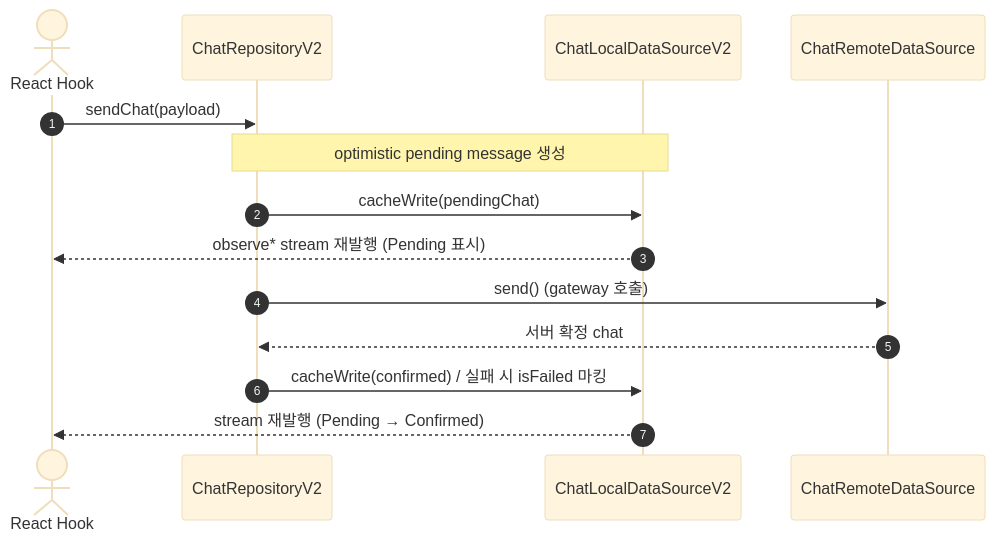
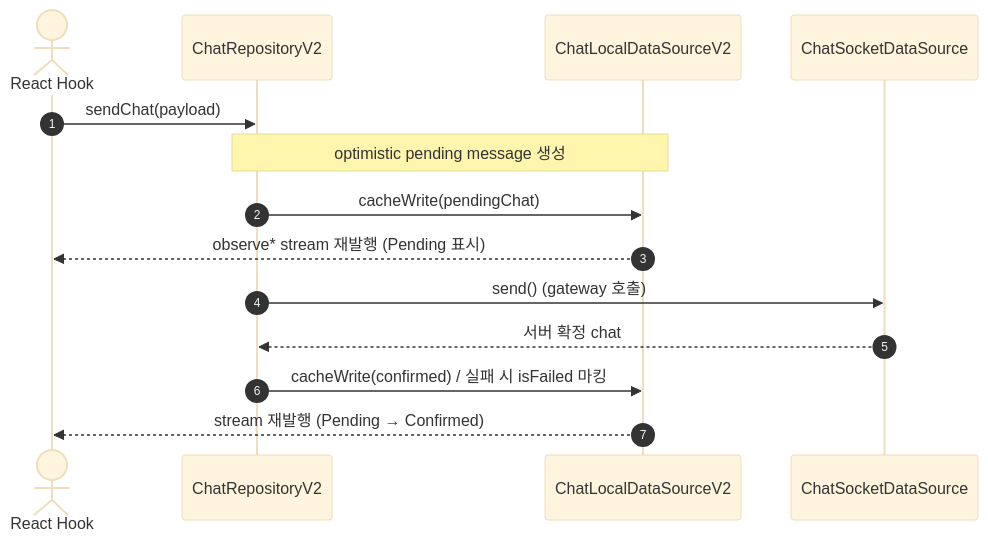
The fourth of 5 diagrams in libs/data/README.md (lemoncloud-io/dou-app), drawn with Mermaid (base theme) before and after one commit. The commit also changed other lines of this file and 972 other files, not shown here.

````diff
--- a/libs/data/README.md
+++ b/libs/data/README.md
@@ -170,18 +170,18 @@
 ```mermaid
 sequenceDiagram
     autonumber
     actor UI as React Hook
     participant Repo as ChatRepositoryV2
     participant LDS as ChatLocalDataSourceV2
-    participant RDS as ChatRemoteDataSource
+    participant RDS as ChatSocketDataSource
 
     UI->>Repo: sendChat(payload)
     Note over Repo,LDS: optimistic pending message 생성
     Repo->>LDS: cacheWrite(pendingChat)
     LDS-->>UI: observe* stream 재발행 (Pending 표시)
 
     Repo->>RDS: send() (gateway 호출)
     RDS-->>Repo: 서버 확정 chat
     Repo->>LDS: cacheWrite(confirmed) / 실패 시 isFailed 마킹
     LDS-->>UI: stream 재발행 (Pending → Confirmed)
 ```
````
